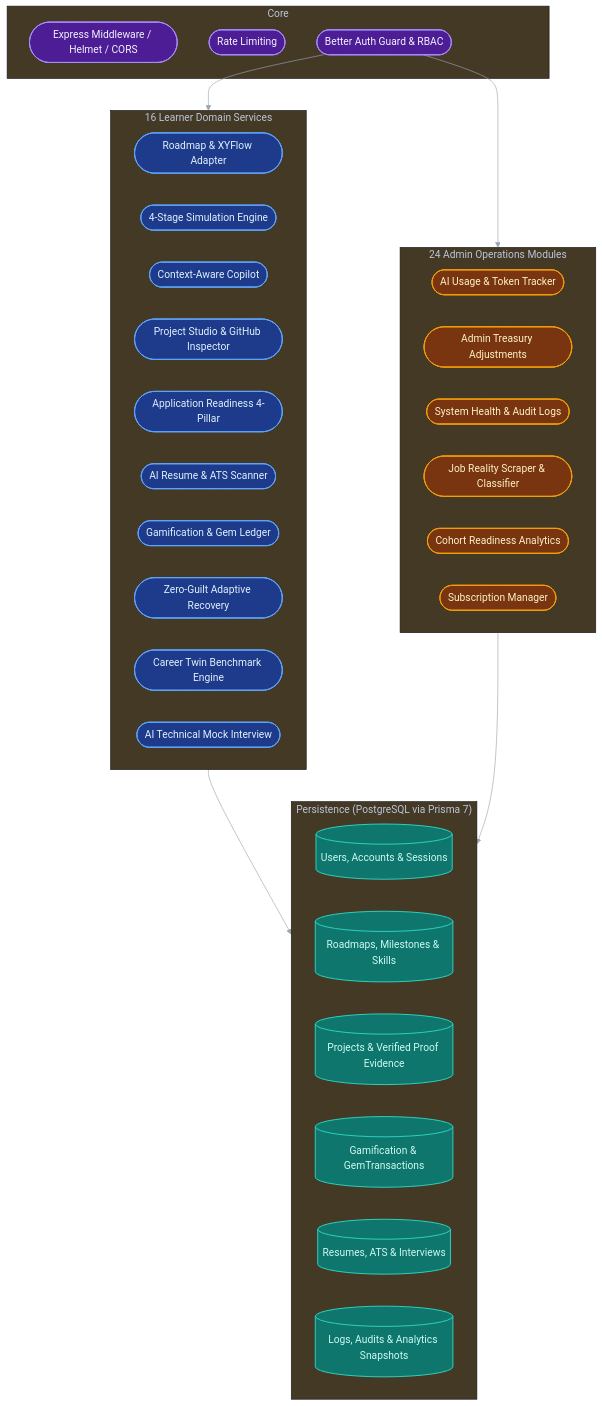
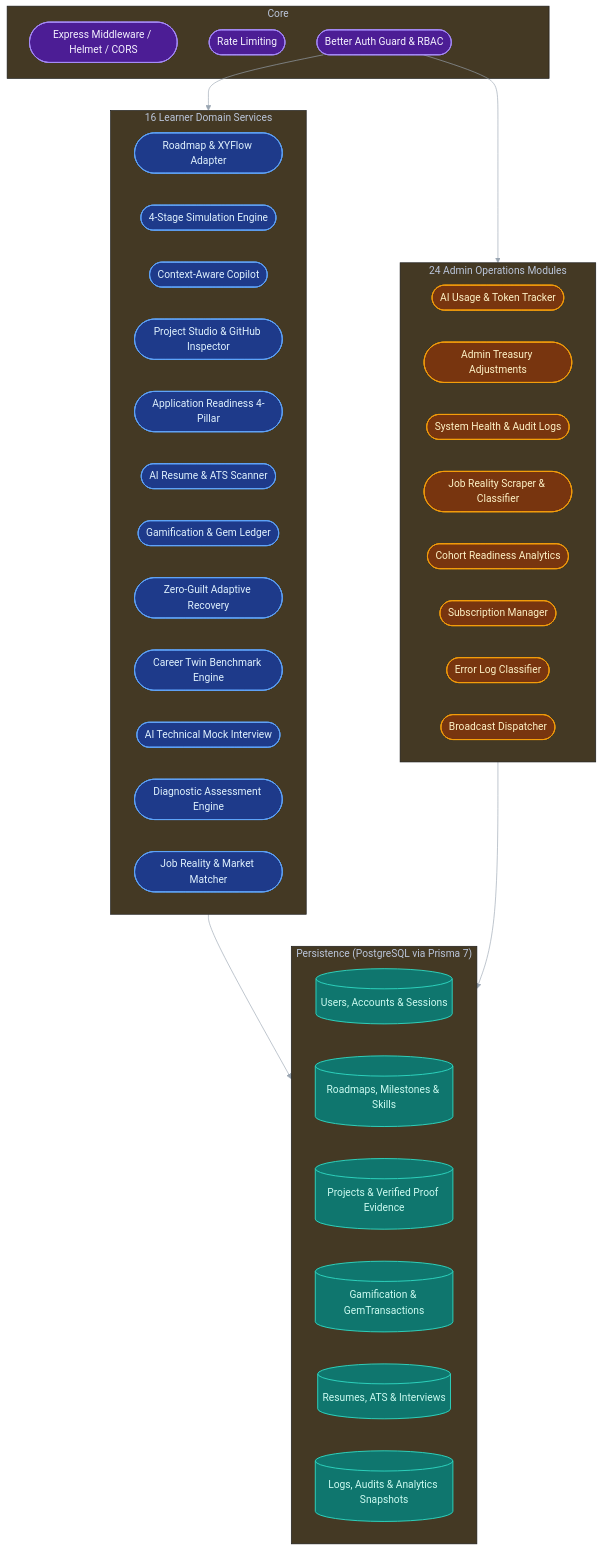
Before and after one commit to kamalcodezen/Ai-learning-roadmap: the second of 4 diagrams in README.md, drawn with Mermaid. The commit also changed other lines of this file, not shown here.

````diff
--- a/README.md
+++ b/README.md
@@ -123,56 +129,60 @@
 ```mermaid
 %%{init: {"theme": "base", "themeVariables": {"background": "#0b1020", "primaryColor": "#1b2333", "primaryBorderColor": "#3a4a66", "primaryTextColor": "#e6edf3", "lineColor": "#9aa6b2"}, "flowchart": {"curve": "basis"}}}%%
 flowchart TD
   subgraph Core
     M1([Express Middleware / Helmet / CORS])
     M2([Rate Limiting])
     M3([Better Auth Guard & RBAC])
   end
 
   subgraph LearnerDomain ["16 Learner Domain Services"]
     D1([Roadmap & XYFlow Adapter])
     D2([4-Stage Simulation Engine])
     D3([Context-Aware Copilot])
     D4([Project Studio & GitHub Inspector])
     D5([Application Readiness 4-Pillar])
     D6([AI Resume & ATS Scanner])
     D7([Gamification & Gem Ledger])
     D8([Zero-Guilt Adaptive Recovery])
     D9([Career Twin Benchmark Engine])
     D10([AI Technical Mock Interview])
+    D11([Diagnostic Assessment Engine])
+    D12([Job Reality & Market Matcher])
   end
 
   subgraph AdminDomain ["24 Admin Operations Modules"]
     A1([AI Usage & Token Tracker])
     A2([Admin Treasury Adjustments])
     A3([System Health & Audit Logs])
     A4([Job Reality Scraper & Classifier])
     A5([Cohort Readiness Analytics])
     A6([Subscription Manager])
+    A7([Error Log Classifier])
+    A8([Broadcast Dispatcher])
   end
 
   subgraph DataLayer ["Persistence (PostgreSQL via Prisma 7)"]
     DB1[(Users, Accounts & Sessions)]
     DB2[(Roadmaps, Milestones & Skills)]
     DB3[(Projects & Verified Proof Evidence)]
     DB4[(Gamification & GemTransactions)]
     DB5[(Resumes, ATS & Interviews)]
     DB6[(Logs, Audits & Analytics Snapshots)]
   end
 
   M3 --> LearnerDomain
   M3 --> AdminDomain
 
   LearnerDomain --> DataLayer
   AdminDomain --> DataLayer
 
   classDef core fill:#4c1d95,stroke:#a78bfa,color:#f5f3ff,stroke-width:1.5px;
   classDef learner fill:#1e3a8a,stroke:#60a5fa,color:#e0f2fe,stroke-width:1.5px;
   classDef admin fill:#78350f,stroke:#f59e0b,color:#fef3c7,stroke-width:1.5px;
   classDef database fill:#0f766e,stroke:#2dd4bf,color:#ccfbf1,stroke-width:1.5px;
 
   class M1,M2,M3 core;
-  class D1,D2,D3,D4,D5,D6,D7,D8,D9,D10 learner;
-  class A1,A2,A3,A4,A5,A6 admin;
+  class D1,D2,D3,D4,D5,D6,D7,D8,D9,D10,D11,D12 learner;
+  class A1,A2,A3,A4,A5,A6,A7,A8 admin;
   class DB1,DB2,DB3,DB4,DB5,DB6 database;
 ```
````
